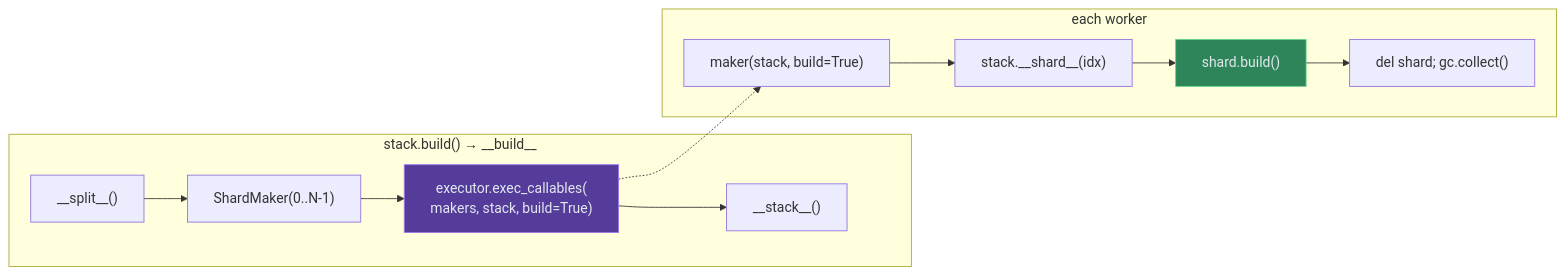
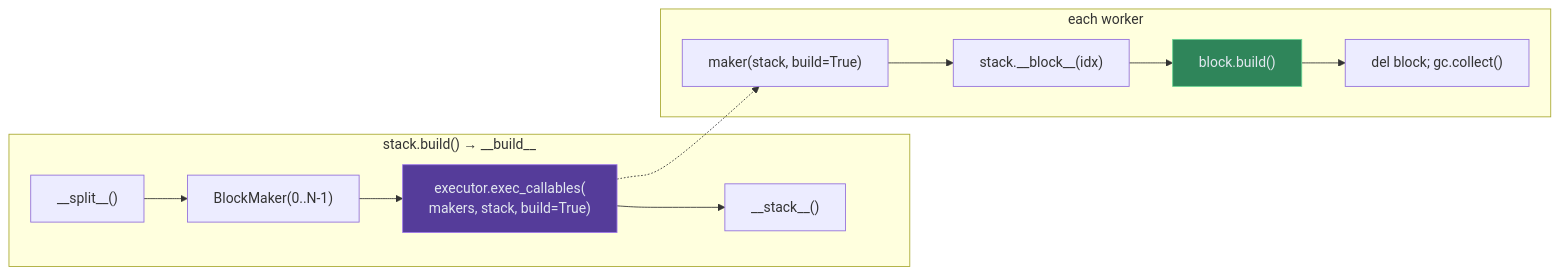
One commit to general-reasoning/dbx changed the diagram in DATASTACK.md. Above: the diagram before and after it, drawn with Mermaid. The commit also changed other lines of this file and 5 other files, not shown here.

First line of the commit message:
Rename shard→block in Datastack API

````diff
--- a/DATASTACK.md
+++ b/DATASTACK.md
@@ -311,21 +311,21 @@
 ```mermaid
 flowchart LR
     subgraph "stack.build() → __build__"
         A["__split__()"] --> B
-        B["ShardMaker(0..N-1)"] --> C
+        B["BlockMaker(0..N-1)"] --> C
         C["executor.exec_callables(\n  makers, stack, build=True)"] --> D
         D["__stack__()"]
     end
 
     subgraph "each worker"
         E["maker(stack, build=True)"] --> F
-        F["stack.__shard__(idx)"] --> G
-        G["shard.build()"] --> H
-        H["del shard; gc.collect()"]
+        F["stack.__block__(idx)"] --> G
+        G["block.build()"] --> H
+        H["del block; gc.collect()"]
     end
 
     C -.-> E
 
     style C fill:#553c9a,stroke:#9f7aea,color:#e2e8f0
     style G fill:#2f855a,stroke:#68d391,color:#e2e8f0
 ```
````
